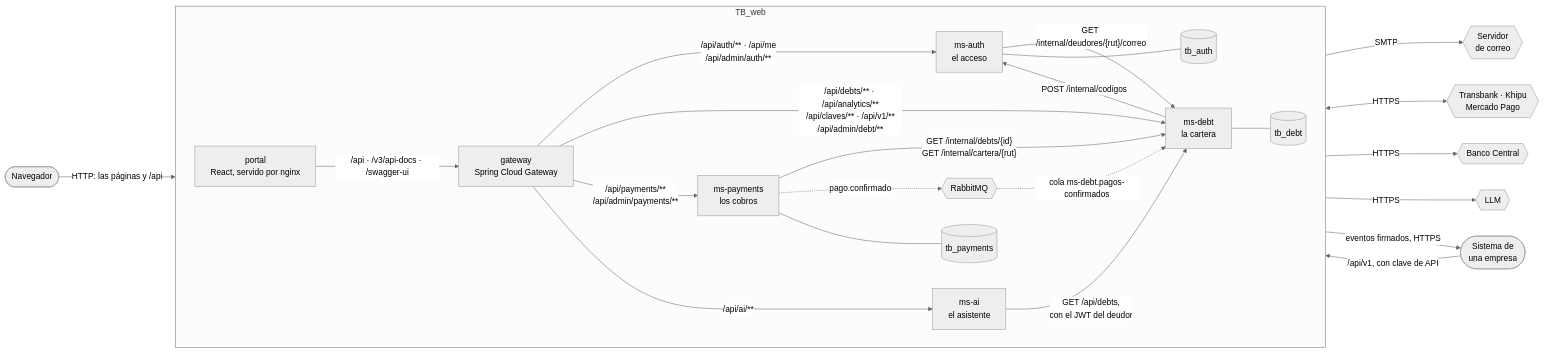
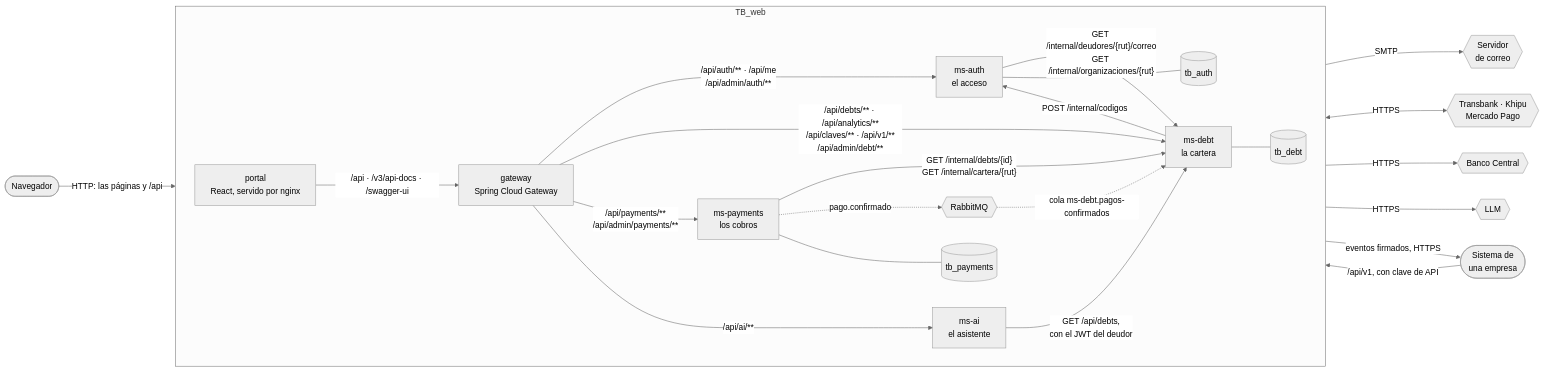
One commit to TechnicalBridge/DataBridge changed the first of 8 diagrams in docs/diagramas/componentes.md. Above: the diagram before and after it, drawn with Mermaid (neutral theme). The commit also changed other lines of this file and 62 other files, not shown here.

First line of the commit message:
feat(ms-auth, ms-debt, portal): Empresas usuarias y sus personas, desde el panel de administración

````diff
--- a/docs/diagramas/componentes.md
+++ b/docs/diagramas/componentes.md
@@ -20,50 +20,50 @@
 ```mermaid
 flowchart LR
     NAV(["Navegador"])
     SIS(["Sistema de<br/>una empresa"])
 
     subgraph TBW["TB_web"]
         direction LR
         POR["portal<br/>React, servido por nginx"]
         GW["gateway<br/>Spring Cloud Gateway"]
         AUTH["ms-auth<br/>el acceso"]
         DEBT["ms-debt<br/>la cartera"]
         PAY["ms-payments<br/>los cobros"]
         AI["ms-ai<br/>el asistente"]
         DBA[("tb_auth")]
         DBD[("tb_debt")]
         DBP[("tb_payments")]
         MQ{{"RabbitMQ"}}
     end
 
     SMTP{{"Servidor<br/>de correo"}}
     PAS{{"Transbank · Khipu<br/>Mercado Pago"}}
     BCC{{"Banco Central"}}
     LLM{{"LLM"}}
 
     NAV -->|"HTTP: las páginas y /api"| POR
     SIS -->|"/api/v1, con clave de API"| POR
     POR -->|"/api · /v3/api-docs · /swagger-ui"| GW
 
     GW -->|"/api/auth/** · /api/me<br/>/api/admin/auth/**"| AUTH
     GW -->|"/api/debts/** · /api/analytics/**<br/>/api/claves/** · /api/v1/**<br/>/api/admin/debt/**"| DEBT
     GW -->|"/api/payments/**<br/>/api/admin/payments/**"| PAY
     GW -->|"/api/ai/**"| AI
 
     DEBT -->|"POST /internal/codigos"| AUTH
-    AUTH -->|"GET /internal/deudores/{rut}/correo"| DEBT
+    AUTH -->|"GET /internal/deudores/{rut}/correo<br/>GET /internal/organizaciones/{rut}"| DEBT
     PAY -->|"GET /internal/debts/{id}<br/>GET /internal/cartera/{rut}"| DEBT
     PAY -.->|"pago.confirmado"| MQ
     MQ -.->|"cola ms-debt.pagos-confirmados"| DEBT
     AI -->|"GET /api/debts,<br/>con el JWT del deudor"| DEBT
 
     AUTH --- DBA
     DEBT --- DBD
     PAY --- DBP
 
     AUTH -->|"SMTP"| SMTP
     PAY <-->|"HTTPS"| PAS
     PAY -->|"HTTPS"| BCC
     AI -->|"HTTPS"| LLM
     DEBT -->|"eventos firmados, HTTPS"| SIS
 ```
````
